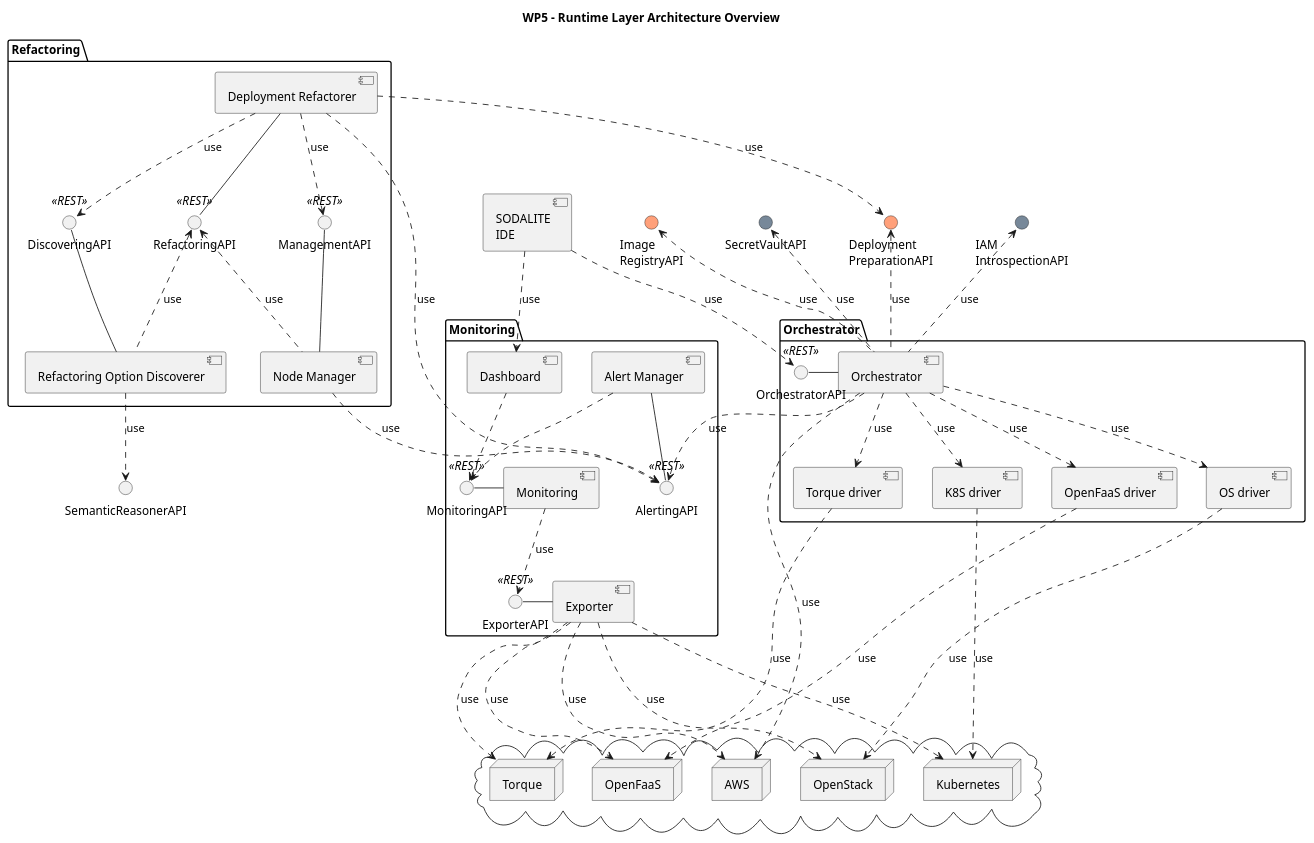
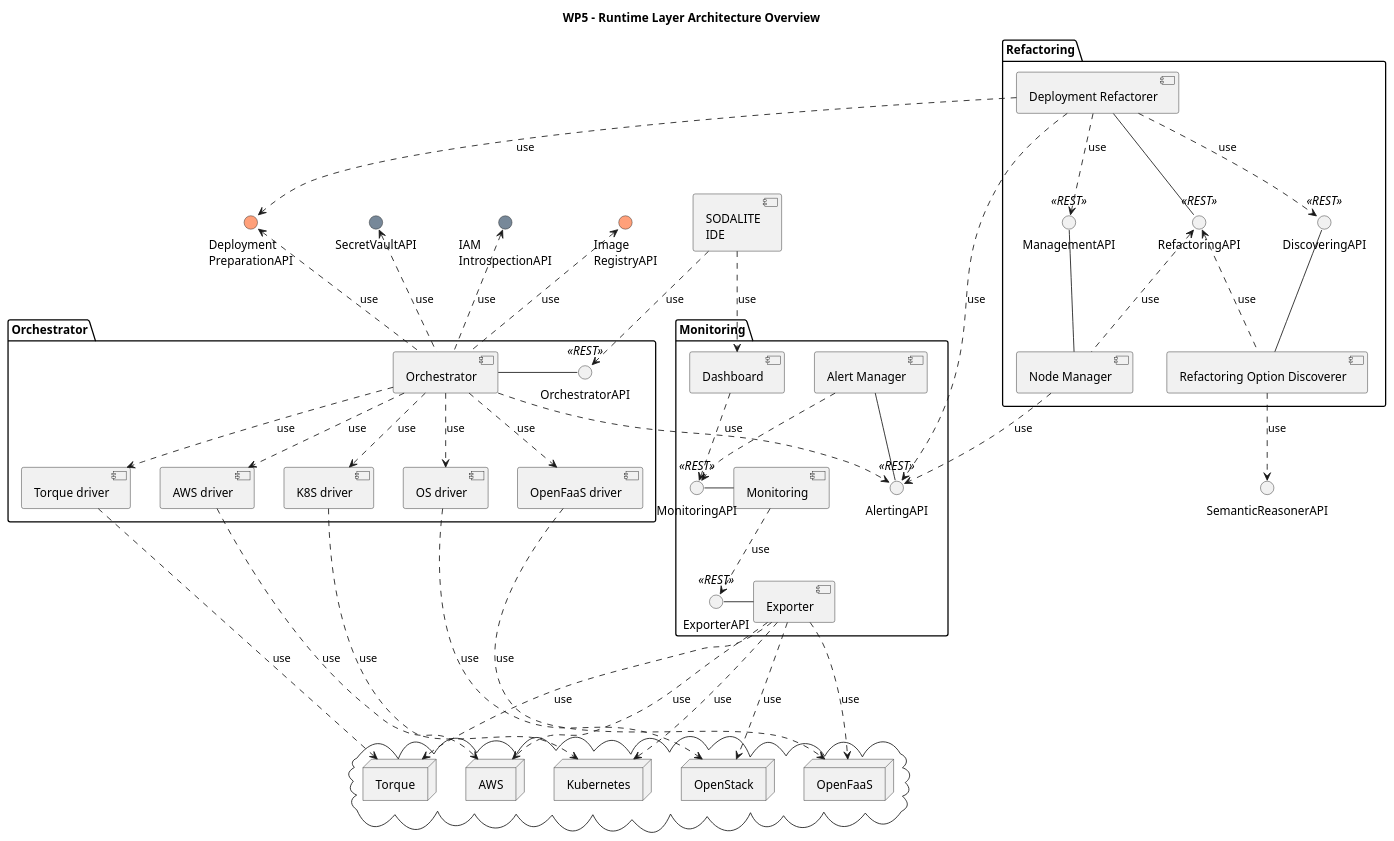
One commit to SODALITE-EU/project-wide-documentation changed the diagram in uml/component-diagrams/CD-WP5-ArchitectureOverview.puml. Above: the diagram before and after it, drawn with PlantUML.

Commit message:
Added aws driver and usage

```diff
--- a/uml/component-diagrams/CD-WP5-ArchitectureOverview.puml
+++ b/uml/component-diagrams/CD-WP5-ArchitectureOverview.puml
@@ -1,106 +1,108 @@
 @startuml
 
 title WP5 - Runtime Layer Architecture Overview
 
 interface "SemanticReasonerAPI" as sem
 
 package "Orchestrator" as orch {
     component [Orchestrator] as orch_impl
     interface "OrchestratorAPI" <<REST>> as orch_if
     component [OS driver] as os_driver
     component [K8S driver] as k8s_driver
     component [Torque driver] as torque_driver
     component [OpenFaaS driver] as faas_driver
+    component [AWS driver] as aws_driver
     orch_impl - orch_if
 }
 
 package "Monitoring" as mon {
     [Monitoring] as mon_impl
     () "MonitoringAPI" <<REST>> as mon_if
     [Dashboard] as dash
     [Exporter] as exp
     () "ExporterAPI" <<REST>> as exp_if
     [Alert Manager] as alert_mngr
     () "AlertingAPI" <<REST>> as alert_if
     mon_impl -l- mon_if
     exp -l- exp_if
     alert_mngr -d- alert_if
 }
 
 package "Refactoring" as refactor {
     interface "RefactoringAPI" <<REST>> as ref_if
     interface "DiscoveringAPI" <<REST>> as dis_if
     interface "ManagementAPI" <<REST>> as mng_if
     component [Deployment Refactorer] as ref_depl
     component [Refactoring Option Discoverer] as ref_opt
     component [Node Manager] as ref_node
     dis_if -d- ref_opt
     mng_if -d- ref_node
 }
 
 cloud {
     node OpenStack
     node Kubernetes as K8S
     node Torque
     node OpenFaaS
     node AWS
 }
 
 'WP4 APIs
 interface "Deployment\nPreparationAPI" as depl_prep #LightSalmon
 interface "Image\nRegistryAPI" as image_reg #LightSalmon
 
 'Security APIs
 interface "IAM\nIntrospectionAPI" as IAMApi #LightSlateGrey
 interface "SecretVaultAPI" as VaultAPI #LightSlateGrey
 
 
 [SODALITE\nIDE] as ide
 
 'Monitoring
 mon_impl ..> exp_if : use
 dash ..> mon_if
 alert_mngr ..> mon_if
 
 
 'Refactoring
 ref_if -u- ref_depl
 ref_if <.. ref_opt : use
 ref_if <.. ref_node : use
 
 ref_opt ..> sem : use
 
 ref_depl ..> mng_if : use
 ref_depl ..> dis_if : use
 ref_depl ..> depl_prep : use
 
 ref_node ..> alert_if : use
 ref_depl ..> alert_if : use
 orch_impl ..> alert_if : use
 
 torque_driver ..> Torque : use
 
 orch_impl ..> os_driver : use
 orch_impl ..> k8s_driver : use
 orch_impl ..> torque_driver : use
-orch_impl ..> AWS : use
+orch_impl ..> aws_driver : use
 orch_impl ..> faas_driver : use
 
 orch_impl .u.> depl_prep: use
 orch_impl .u.> image_reg: use
 orch_impl .u.> IAMApi: use
 orch_impl .u.> VaultAPI: use
 
 os_driver ..> OpenStack : use
 k8s_driver ..> K8S : use
 faas_driver ..> OpenFaaS : use
+aws_driver ..> AWS : use
 
 exp ...> OpenStack : use
 exp ...> K8S : use
 exp ...> Torque : use
 exp ...> OpenFaaS : use
 exp ...> AWS : use
 
 ide ..> orch_if : use
 ide ..> dash : use
 @enduml
```
